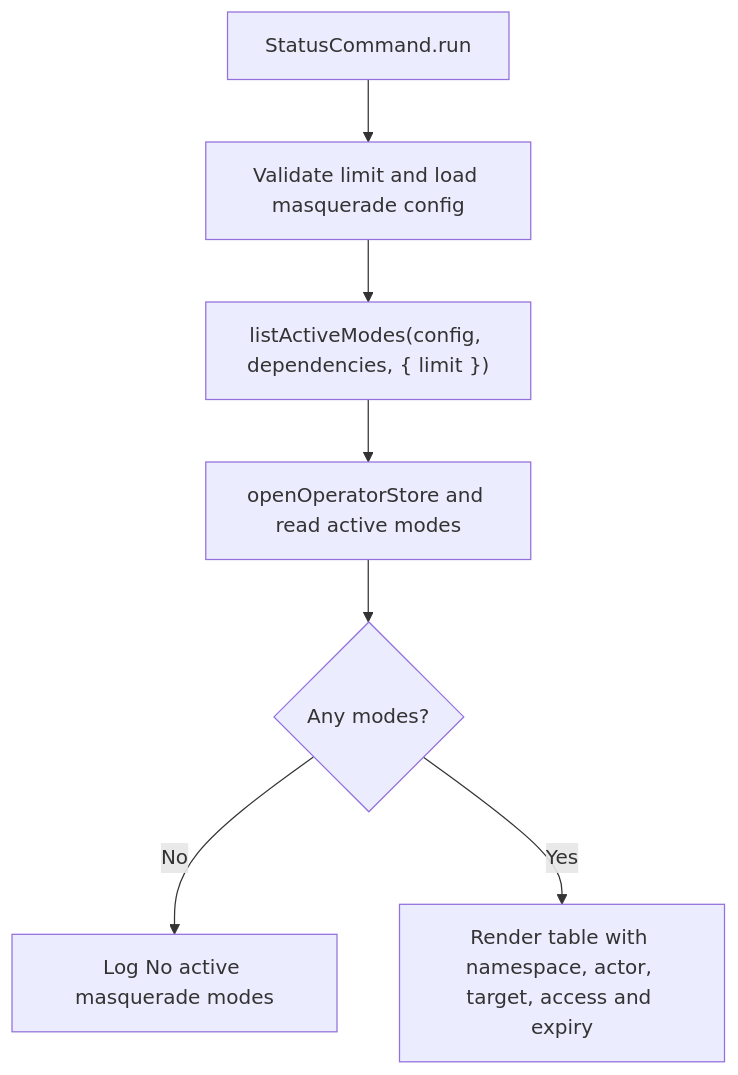
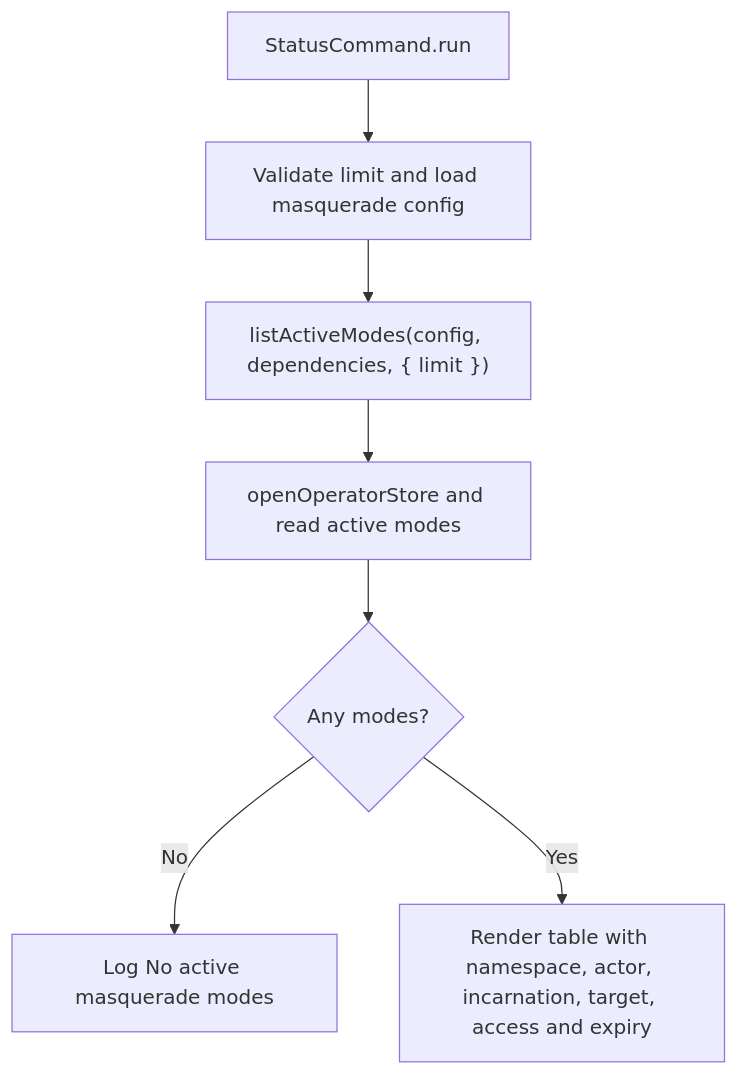
The second of 2 diagrams in user-stories/inspect-active-modes/us-ops-01-inspect-active-modes.md (Kevinjohn/oss-adonisjs-masquerade), drawn with Mermaid before and after one commit. The commit also changed other lines of this file and 26 other files, not shown here.

````diff
--- a/user-stories/inspect-active-modes/us-ops-01-inspect-active-modes.md
+++ b/user-stories/inspect-active-modes/us-ops-01-inspect-active-modes.md
@@ -37,9 +37,9 @@
 ```mermaid
 flowchart TD
     A["StatusCommand.run"] --> B["Validate limit and load masquerade config"]
     B --> C["listActiveModes(config, dependencies, { limit })"]
     C --> D["openOperatorStore and read active modes"]
     D --> E{"Any modes?"}
     E -->|No| F["Log No active masquerade modes"]
-    E -->|Yes| G["Render table with namespace, actor, target, access and expiry"]
+    E -->|Yes| G["Render table with namespace, actor, incarnation, target, access and expiry"]
 ```
````
